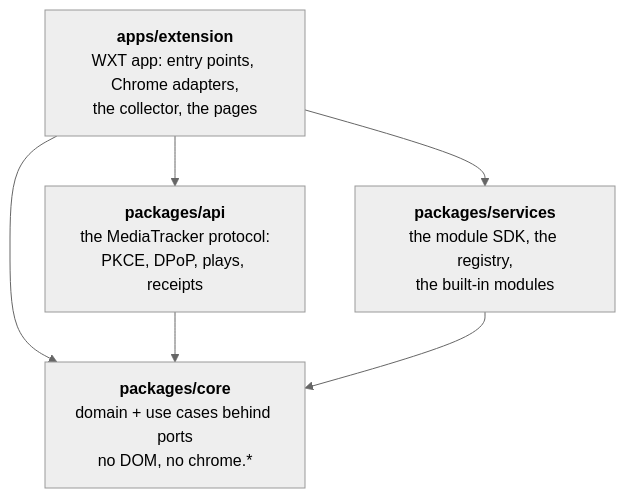
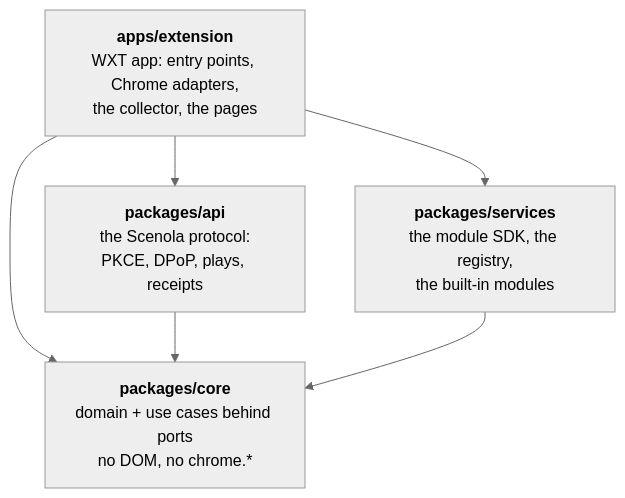
Before and after one commit to scenola/browser-extension: the first of 3 diagrams in docs/architecture.md, drawn with Mermaid (neutral theme). The commit also changed other lines of this file and 66 other files, not shown here.

````diff
--- a/docs/architecture.md
+++ b/docs/architecture.md
@@ -27,13 +27,13 @@
 ```mermaid
 flowchart TD
   ext["<b>apps/extension</b><br/>WXT app: entry points, Chrome adapters,<br/>the collector, the pages"]
-  api["<b>packages/api</b><br/>the MediaTracker protocol:<br/>PKCE, DPoP, plays, receipts"]
+  api["<b>packages/api</b><br/>the Scenola protocol:<br/>PKCE, DPoP, plays, receipts"]
   services["<b>packages/services</b><br/>the module SDK, the registry,<br/>the built-in modules"]
   core["<b>packages/core</b><br/>domain + use cases behind ports<br/>no DOM, no chrome.*"]
 
   ext --> api
   ext --> services
   ext --> core
   api --> core
   services --> core
 ```
````
